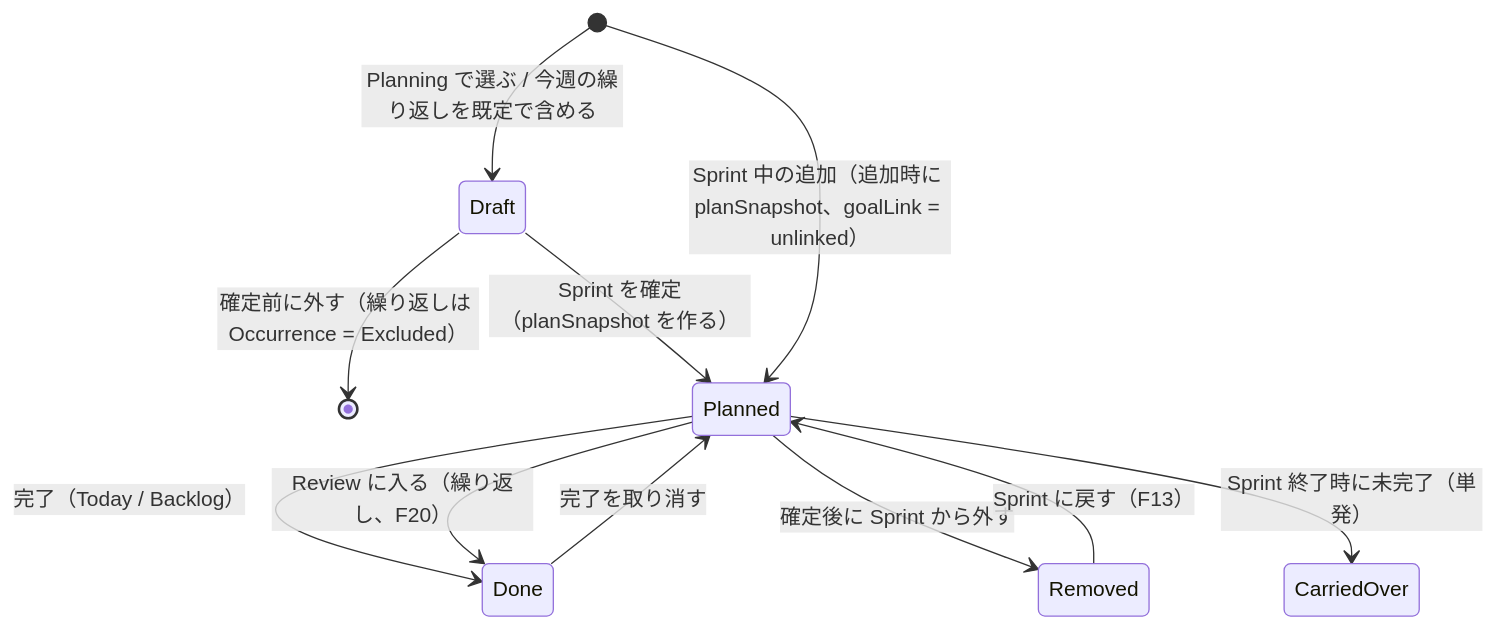
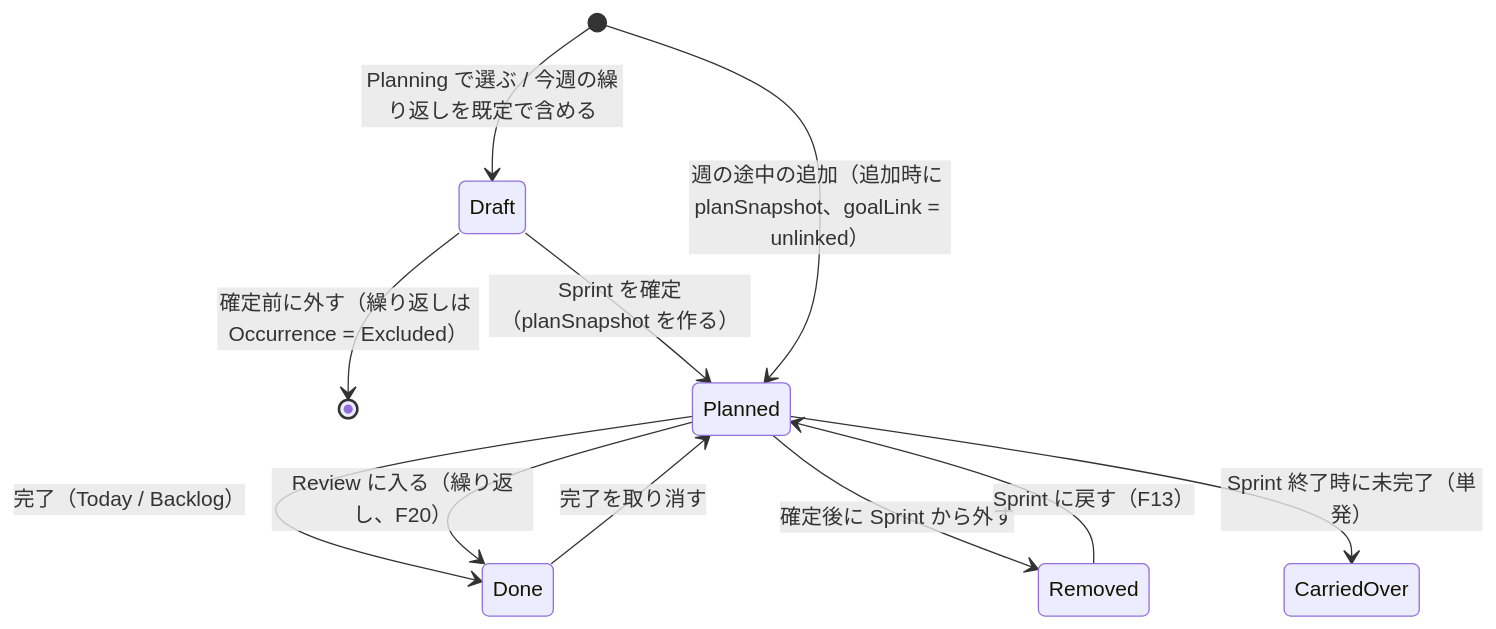
Before and after one commit to salty-vanilla/itera: the second of 7 diagrams in docs/domain/domain-model.md, drawn with Mermaid. The commit also changed other lines of this file and 3 other files, not shown here.

````diff
--- a/docs/domain/domain-model.md
+++ b/docs/domain/domain-model.md
@@ -181,13 +181,13 @@
 ```mermaid
 stateDiagram-v2
   [*] --> Draft: Planning で選ぶ / 今週の繰り返しを既定で含める
   Draft --> [*]: 確定前に外す（繰り返しは Occurrence = Excluded）
   Draft --> Planned: Sprint を確定（planSnapshot を作る）
-  [*] --> Planned: Sprint 中の追加（追加時に planSnapshot、goalLink = unlinked）
+  [*] --> Planned: 週の途中の追加（追加時に planSnapshot、goalLink = unlinked）
   Planned --> Done: 完了（Today / Backlog）
   Done --> Planned: 完了を取り消す
   Planned --> Removed: 確定後に Sprint から外す
   Removed --> Planned: Sprint に戻す（F13）
   Planned --> CarriedOver: Sprint 終了時に未完了（単発）
   Planned --> Done: Review に入る（繰り返し、F20）
 ```
````
